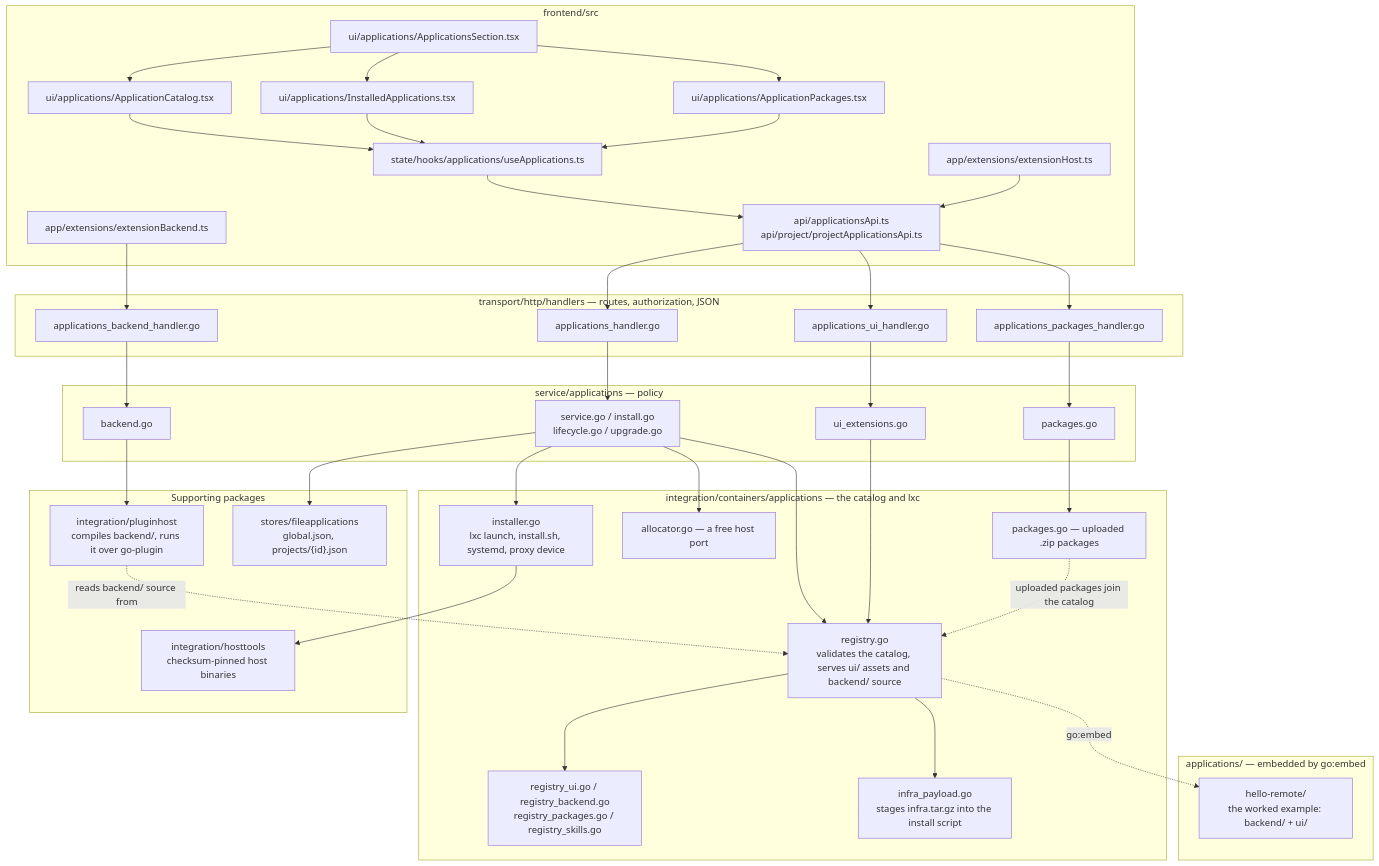
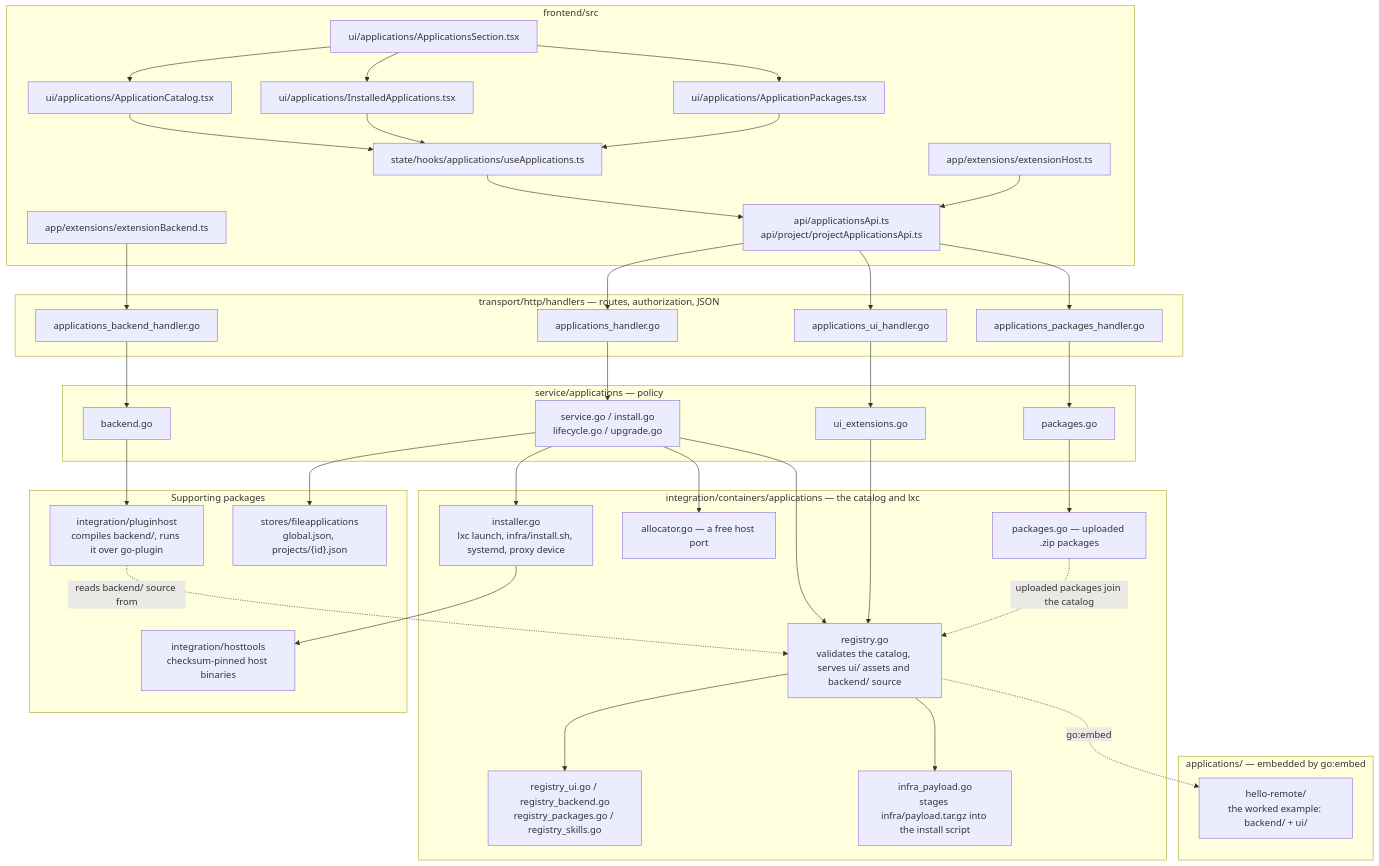
The first of 2 diagrams in docs/dev/installable-applications/01-overview.md (AbdallahMohamedDotnet/remote.futrx), drawn with Mermaid before and after one commit. The commit also changed other lines of this file and 14 other files, not shown here.

````diff
--- a/docs/dev/installable-applications/01-overview.md
+++ b/docs/dev/installable-applications/01-overview.md
@@ -65,79 +71,79 @@
 ```mermaid
 flowchart TB
     subgraph Frontend["frontend/src"]
         FE_Section["ui/applications/ApplicationsSection.tsx"]
         FE_Catalog["ui/applications/ApplicationCatalog.tsx"]
         FE_Installed["ui/applications/InstalledApplications.tsx"]
         FE_Packages["ui/applications/ApplicationPackages.tsx"]
         FE_Hook["state/hooks/applications/useApplications.ts"]
         FE_Api["api/applicationsApi.ts<br/>api/project/projectApplicationsApi.ts"]
         FE_ExtHost["app/extensions/extensionHost.ts"]
         FE_ExtBackend["app/extensions/extensionBackend.ts"]
     end
 
     subgraph HTTP["transport/http/handlers — routes, authorization, JSON"]
         H_Main["applications_handler.go"]
         H_UI["applications_ui_handler.go"]
         H_Backend["applications_backend_handler.go"]
         H_Packages["applications_packages_handler.go"]
     end
 
     subgraph Service["service/applications — policy"]
         S_Service["service.go / install.go<br/>lifecycle.go / upgrade.go"]
         S_UIExt["ui_extensions.go"]
         S_Backend["backend.go"]
         S_Packages["packages.go"]
     end
 
     subgraph Integration["integration/containers/applications — the catalog and lxc"]
         I_Registry["registry.go<br/>validates the catalog, serves ui/ assets and backend/ source"]
         I_RegParts["registry_ui.go / registry_backend.go<br/>registry_packages.go / registry_skills.go"]
-        I_Payload["infra_payload.go<br/>stages infra.tar.gz into the install script"]
-        I_Installer["installer.go<br/>lxc launch, install.sh, systemd, proxy device"]
+        I_Payload["infra_payload.go<br/>stages infra/payload.tar.gz into the install script"]
+        I_Installer["installer.go<br/>lxc launch, infra/install.sh, systemd, proxy device"]
         I_Allocator["allocator.go — a free host port"]
         I_Packages["packages.go — uploaded .zip packages"]
     end
 
     subgraph Support["Supporting packages"]
         P_PluginHost["integration/pluginhost<br/>compiles backend/, runs it over go-plugin"]
         P_FileApps["stores/fileapplications<br/>global.json, projects/{id}.json"]
         P_HostTools["integration/hosttools<br/>checksum-pinned host binaries"]
     end
 
     subgraph Catalog["applications/ — embedded by go:embed"]
         C_Hello["hello-remote/<br/>the worked example: backend/ + ui/"]
     end
 
     FE_Section --> FE_Catalog
     FE_Section --> FE_Installed
     FE_Section --> FE_Packages
     FE_Catalog --> FE_Hook
     FE_Installed --> FE_Hook
     FE_Packages --> FE_Hook
     FE_Hook --> FE_Api
     FE_ExtHost --> FE_Api
     FE_Api --> H_Main
     FE_Api --> H_UI
     FE_Api --> H_Packages
     FE_ExtBackend --> H_Backend
 
     H_Main --> S_Service
     H_UI --> S_UIExt
     H_Backend --> S_Backend
     H_Packages --> S_Packages
 
     S_Service --> I_Registry
     S_Service --> I_Installer
     S_Service --> I_Allocator
     S_Service --> P_FileApps
     S_UIExt --> I_Registry
     S_Backend --> P_PluginHost
     S_Packages --> I_Packages
 
     I_Registry --> I_RegParts
     I_Registry --> I_Payload
     I_Registry -. go:embed .-> C_Hello
     I_Installer --> P_HostTools
     I_Packages -. uploaded packages join the catalog .-> I_Registry
     P_PluginHost -. reads backend/ source from .-> I_Registry
 ```
````
